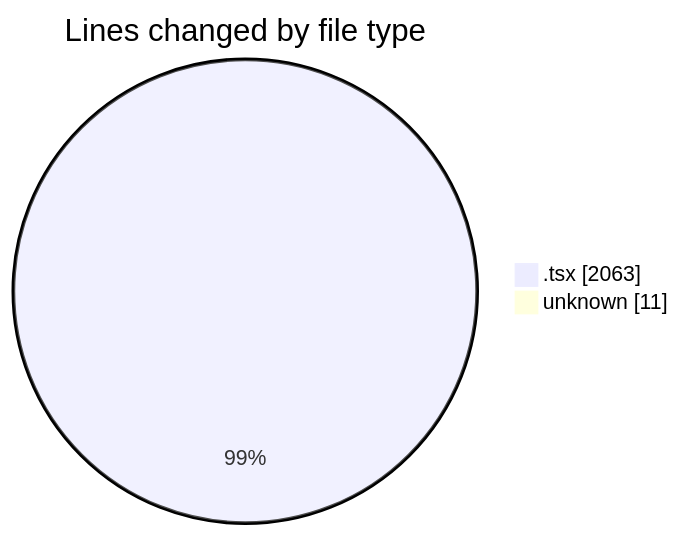
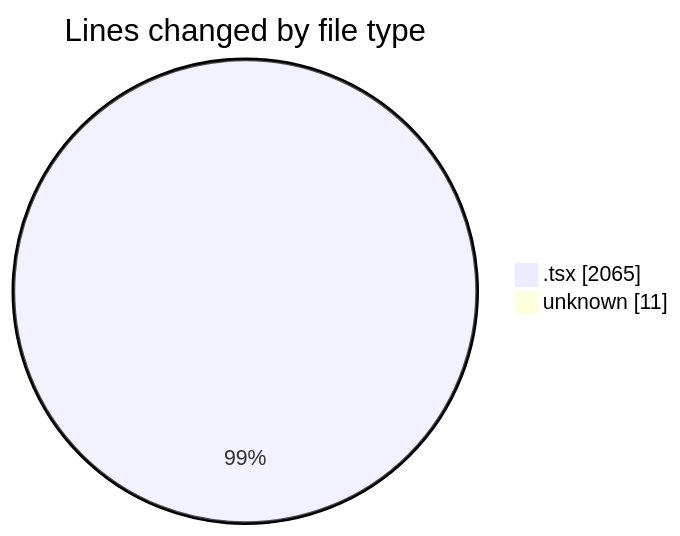
The first of 2 diagrams in 2025-05-28/kimberly-groups/README.md (JenPaints/code-tracking), drawn with Mermaid before and after one commit. The commit also changed other lines of this file and 1 other file, not shown here.

````diff
--- a/2025-05-28/kimberly-groups/README.md
+++ b/2025-05-28/kimberly-groups/README.md
@@ -30,6 +30,6 @@
 ```mermaid
 pie showData
 title Lines changed by file type
-".tsx" : 2063
+".tsx" : 2065
 "unknown" : 11
 ```
````
